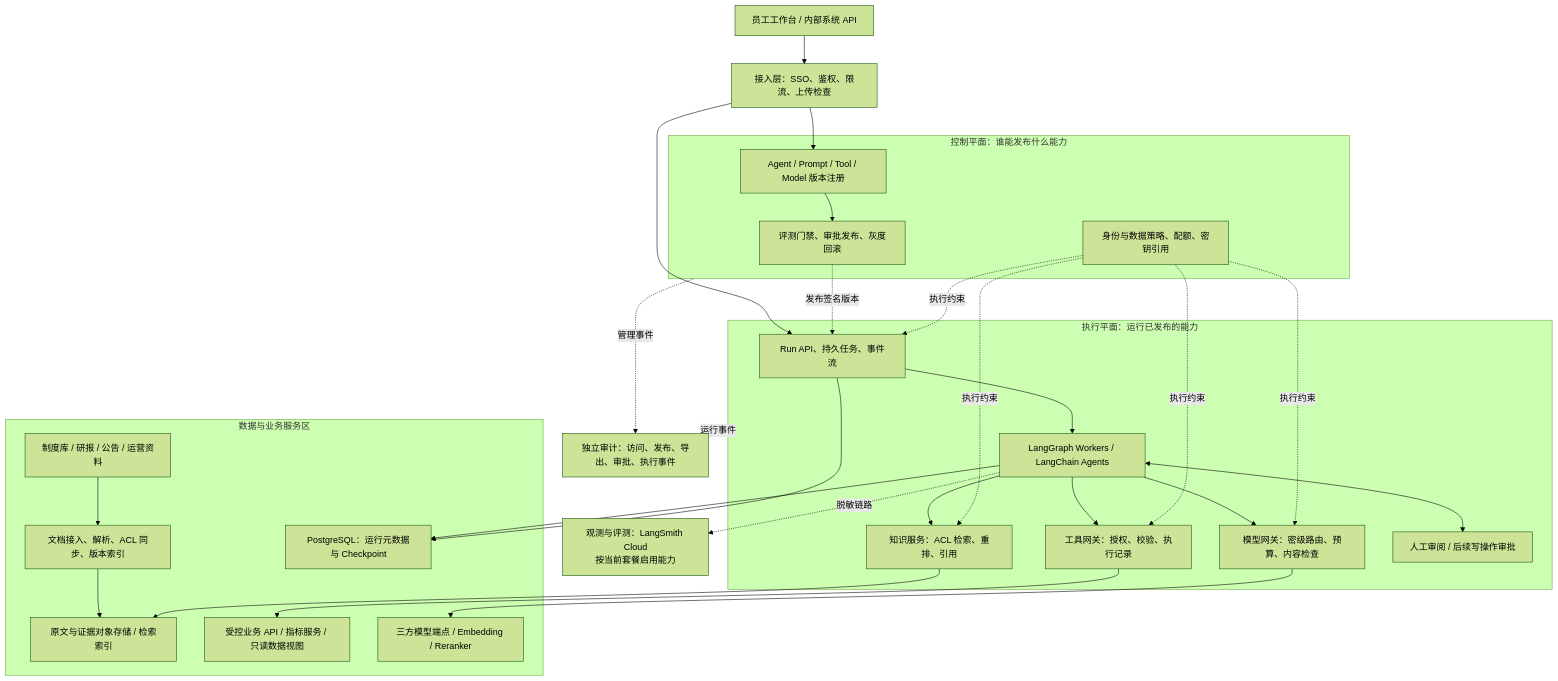
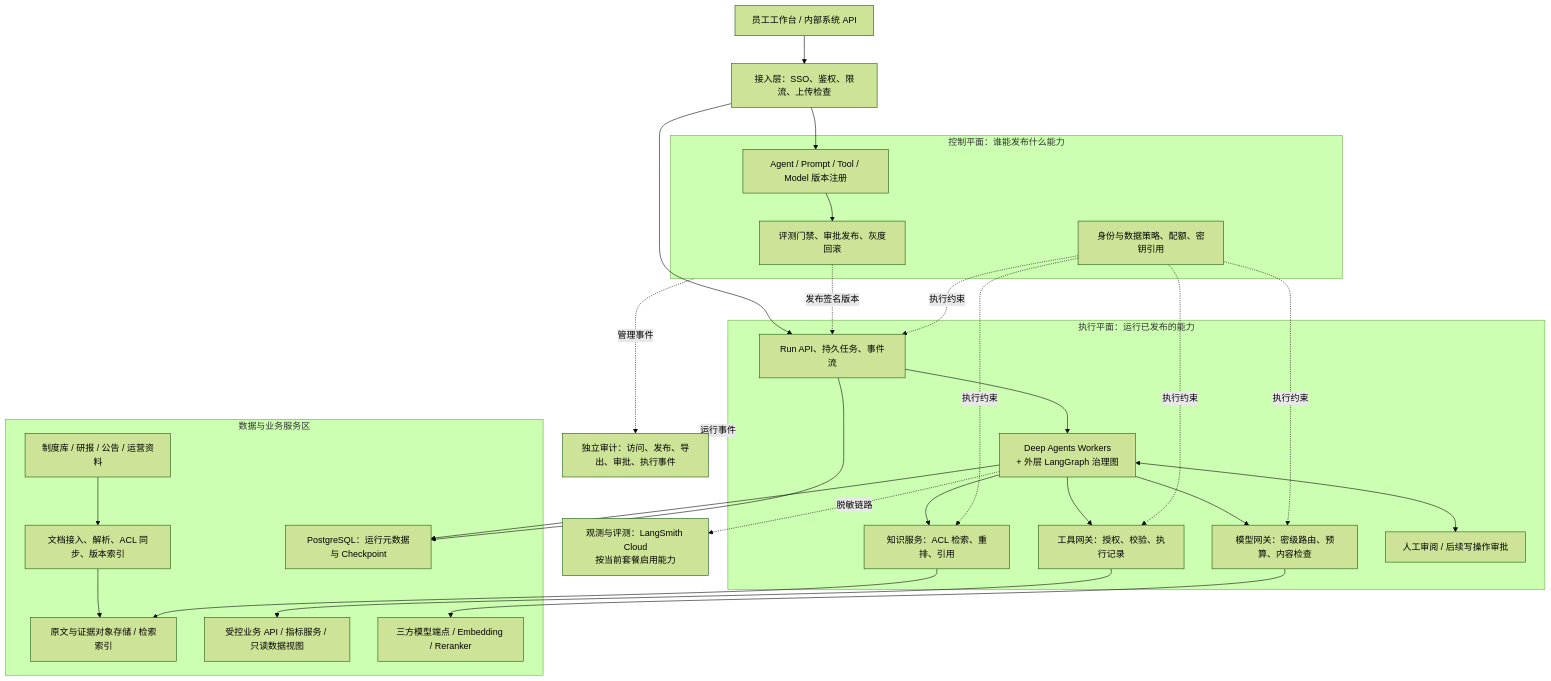
The first of 2 diagrams in docs/financial-agent-platform-blueprint.md (GHjiejie/X), drawn with Mermaid (forest theme) before and after one commit. The commit also changed other lines of this file and 2 other files, not shown here.

````diff
--- a/docs/financial-agent-platform-blueprint.md
+++ b/docs/financial-agent-platform-blueprint.md
@@ -22,55 +45,55 @@
 ```mermaid
 flowchart TB
     U[员工工作台 / 内部系统 API]
     E[接入层：SSO、鉴权、限流、上传检查]
 
     subgraph CP[控制平面：谁能发布什么能力]
         REG[Agent / Prompt / Tool / Model 版本注册]
         PUB[评测门禁、审批发布、灰度回滚]
         POLICY[身份与数据策略、配额、密钥引用]
         REG --> PUB
     end
 
     subgraph DP[执行平面：运行已发布的能力]
         RUN[Run API、持久任务、事件流]
-        GRAPH[LangGraph Workers / LangChain Agents]
+        GRAPH[Deep Agents Workers<br/>+ 外层 LangGraph 治理图]
         KG[知识服务：ACL 检索、重排、引用]
         TG[工具网关：授权、校验、执行记录]
         MG[模型网关：密级路由、预算、内容检查]
         REVIEW[人工审阅 / 后续写操作审批]
         RUN --> GRAPH
         GRAPH --> KG
         GRAPH --> TG
         GRAPH --> MG
         GRAPH <--> REVIEW
     end
 
     subgraph DATA[数据与业务服务区]
         INGEST[文档接入、解析、ACL 同步、版本索引]
         DOC[原文与证据对象存储 / 检索索引]
         STATE[PostgreSQL：运行元数据与 Checkpoint]
         BIZ[受控业务 API / 指标服务 / 只读数据视图]
         MODEL[三方模型端点 / Embedding / Reranker]
         SOURCE[制度库 / 研报 / 公告 / 运营资料]
         SOURCE --> INGEST --> DOC
     end
 
     OBS[观测与评测：LangSmith Cloud<br/>按当前套餐启用能力]
     AUDIT[独立审计：访问、发布、导出、审批、执行事件]
 
     U --> E --> RUN
     E --> REG
     PUB -. 发布签名版本 .-> RUN
     POLICY -. 执行约束 .-> RUN
     POLICY -. 执行约束 .-> KG
     POLICY -. 执行约束 .-> TG
     POLICY -. 执行约束 .-> MG
     KG --> DOC
     TG --> BIZ
     MG --> MODEL
     GRAPH --> STATE
     RUN --> STATE
     GRAPH -. 脱敏链路 .-> OBS
     CP -. 管理事件 .-> AUDIT
     DP -. 运行事件 .-> AUDIT
 ```
````
